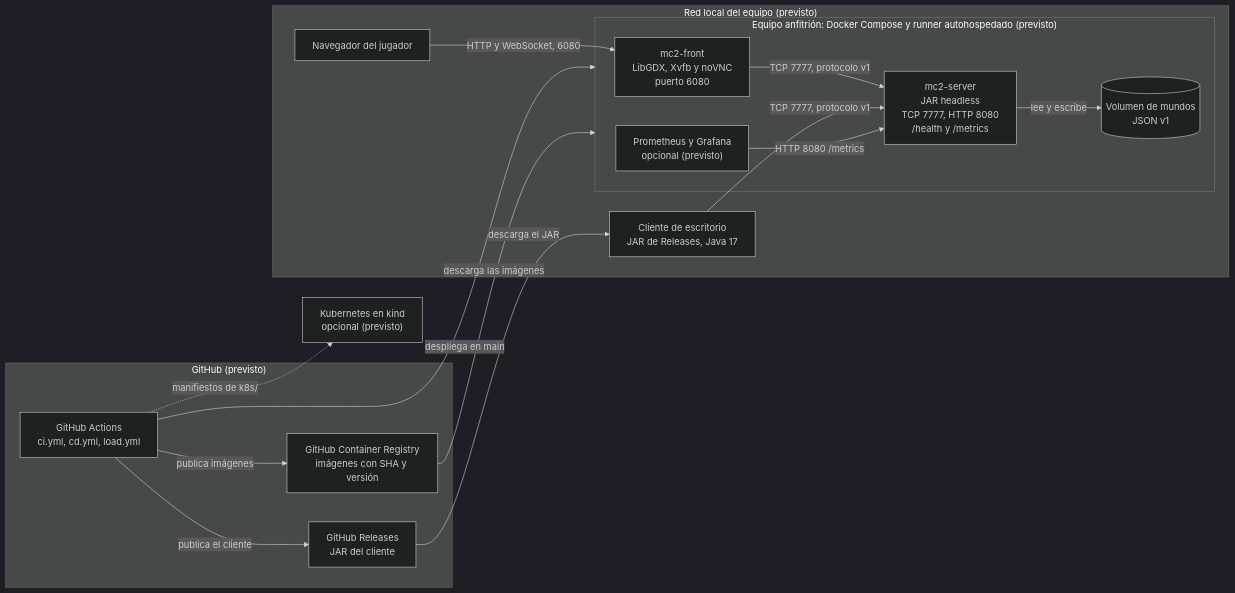
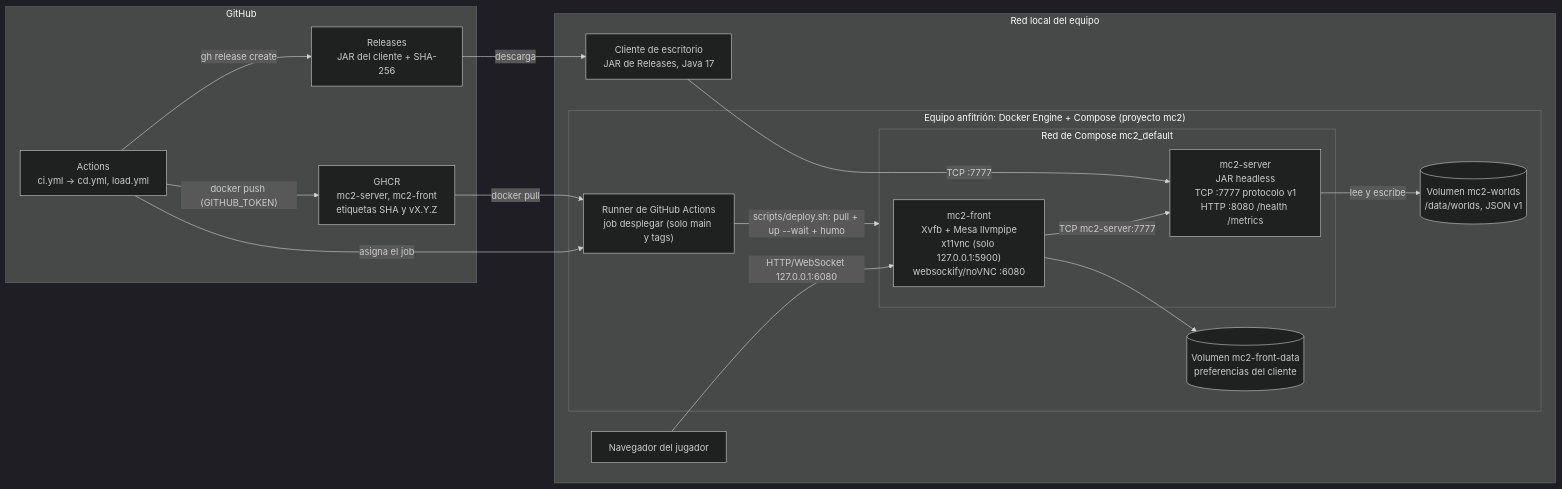
One commit to MarshallGomez1103/Mc2 changed the second of 2 diagrams in Minecraft2/docs/arquitectura.md. Above: the diagram before and after it, drawn with Mermaid (dark theme). The commit also changed other lines of this file and 3 other files, not shown here.

First line of the commit message:
docs(despliegue): devops.md, vista de despliegue y prueba de viabilidad del front

````diff
--- a/Minecraft2/docs/arquitectura.md
+++ b/Minecraft2/docs/arquitectura.md
@@ -114,34 +112,35 @@
 ```mermaid
 flowchart LR
-    subgraph red["Red local del equipo (previsto)"]
+    subgraph lan["Red local del equipo"]
         browser["Navegador del jugador"]
         client["Cliente de escritorio<br/>JAR de Releases, Java 17"]
 
-        subgraph host["Equipo anfitrión: Docker Compose y runner autohospedado (previsto)"]
-            front["mc2-front<br/>LibGDX, Xvfb y noVNC<br/>puerto 6080"]
-            server["mc2-server<br/>JAR headless<br/>TCP 7777, HTTP 8080<br/>/health y /metrics"]
-            vol[("Volumen de mundos<br/>JSON v1")]
-            obs["Prometheus y Grafana<br/>opcional (previsto)"]
+        subgraph host["Equipo anfitrión: Docker Engine + Compose (proyecto mc2)"]
+            subgraph net["Red de Compose mc2_default"]
+                front["mc2-front<br/>Xvfb + Mesa llvmpipe<br/>x11vnc (solo 127.0.0.1:5900)<br/>websockify/noVNC :6080"]
+                server["mc2-server<br/>JAR headless<br/>TCP :7777 protocolo v1<br/>HTTP :8080 /health /metrics"]
+            end
+            vol[("Volumen mc2-worlds<br/>/data/worlds, JSON v1")]
+            vfront[("Volumen mc2-front-data<br/>preferencias del cliente")]
+            runner["Runner de GitHub Actions<br/>job desplegar (solo main y tags)"]
         end
     end
 
-    subgraph gh["GitHub (previsto)"]
-        actions["GitHub Actions<br/>ci.yml, cd.yml, load.yml"]
-        ghcr["GitHub Container Registry<br/>imágenes con SHA y versión"]
-        rel["GitHub Releases<br/>JAR del cliente"]
+    subgraph gh["GitHub"]
+        actions["Actions<br/>ci.yml → cd.yml, load.yml"]
+        ghcr["GHCR<br/>mc2-server, mc2-front<br/>etiquetas SHA y vX.Y.Z"]
+        rel["Releases<br/>JAR del cliente + SHA-256"]
     end
 
-    k8s["Kubernetes en kind<br/>opcional (previsto)"]
-
-    browser -->|"HTTP y WebSocket, 6080"| front
-    front -->|"TCP 7777, protocolo v1"| server
-    client -->|"TCP 7777, protocolo v1"| server
+    browser -->|"HTTP/WebSocket 127.0.0.1:6080"| front
+    front -->|"TCP mc2-server:7777"| server
+    client -->|"TCP <anfitrión>:7777"| server
     server -->|"lee y escribe"| vol
-    obs -->|"HTTP 8080 /metrics"| server
-    actions -->|"publica imágenes"| ghcr
-    actions -->|"publica el cliente"| rel
-    actions -->|"despliega en main"| host
-    ghcr -->|"descarga las imágenes"| host
-    rel -->|"descarga el JAR"| client
-    actions -.->|"manifiestos de k8s/"| k8s
+    front --> vfront
+    actions -->|"docker push (GITHUB_TOKEN)"| ghcr
+    actions -->|"asigna el job"| runner
+    runner -->|"scripts/deploy.sh: pull + up --wait + humo"| net
+    ghcr -->|"docker pull"| runner
+    actions -->|"gh release create"| rel
+    rel -->|"descarga"| client
 ```
````
